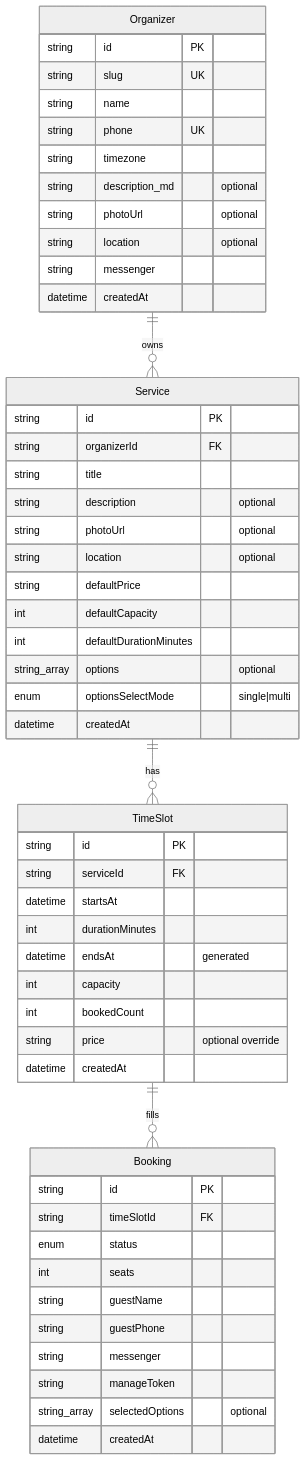
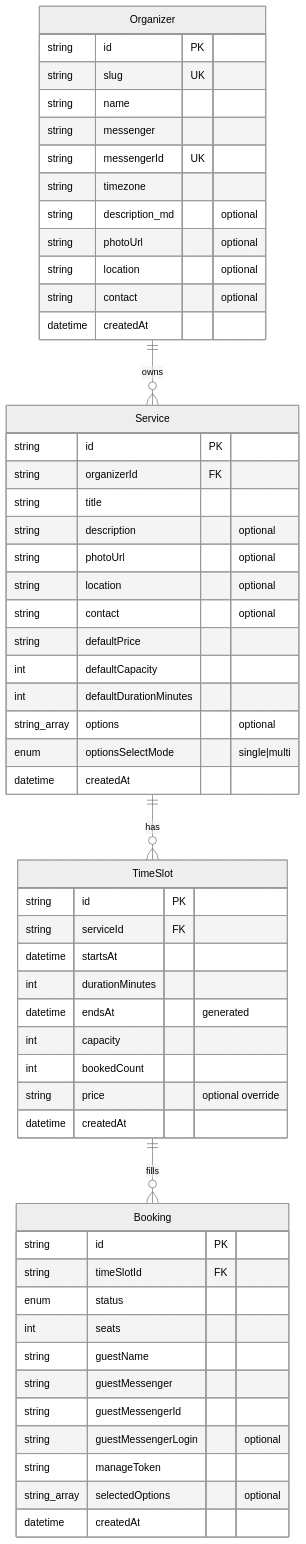
Before and after one commit to RM66/count-me-in: the diagram in docs/domain.md, drawn with Mermaid (neutral theme). The commit also changed other lines of this file and 48 other files, not shown here.

````diff
--- a/docs/domain.md
+++ b/docs/domain.md
@@ -9,56 +9,59 @@
 ```mermaid
 erDiagram
   Organizer ||--o{ Service : owns
   Service ||--o{ TimeSlot : has
   TimeSlot ||--o{ Booking : fills
 
   Organizer {
     string id PK
     string slug UK
     string name
-    string phone UK
+    string messenger
+    string messengerId UK
     string timezone
     string description_md "optional"
     string photoUrl "optional"
     string location "optional"
-    string messenger
+    string contact "optional"
     datetime createdAt
   }
   Service {
     string id PK
     string organizerId FK
     string title
     string description "optional"
     string photoUrl "optional"
     string location "optional"
+    string contact "optional"
     string defaultPrice
     int defaultCapacity
     int defaultDurationMinutes
     string_array options "optional"
     enum optionsSelectMode "single|multi"
     datetime createdAt
   }
   TimeSlot {
     string id PK
     string serviceId FK
     datetime startsAt
     int durationMinutes
     datetime endsAt "generated"
     int capacity
     int bookedCount
     string price "optional override"
     datetime createdAt
   }
   Booking {
     string id PK
     string timeSlotId FK
     enum status
     int seats
     string guestName
-    string guestPhone
-    string messenger
+    string guestMessenger
+    string guestMessengerId
+    string guestMessengerLogin "optional"
     string manageToken
     string_array selectedOptions "optional"
     datetime createdAt
   }
 ```
````
